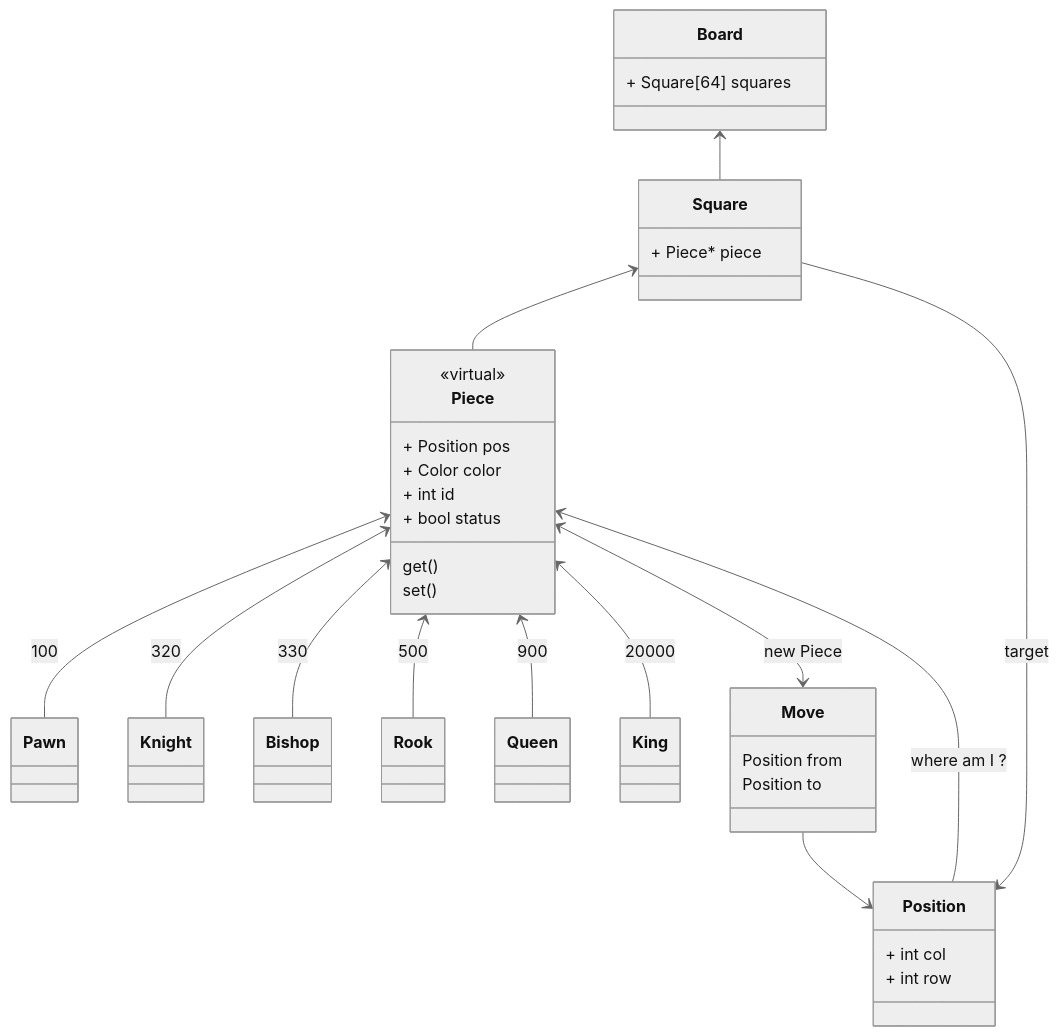
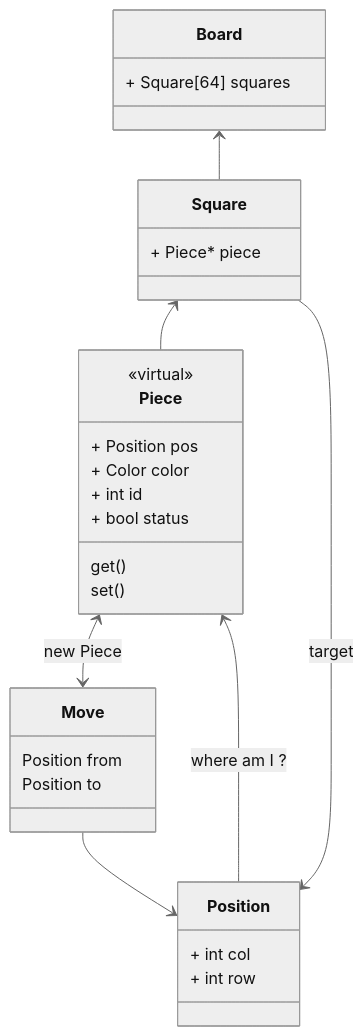
Before and after one commit to ThomasByr/chess: the first of 2 diagrams in README.md, drawn with Mermaid (neutral theme).

Commit message:
latest version of README file

````diff
--- a/README.md
+++ b/README.md
@@ -80,38 +80,32 @@
 ```mermaid
 classDiagram
     Board <-- Square
     Square <-- Piece
-    Piece <-- Pawn : 100
-    Piece <-- Knight : 320
-    Piece <-- Bishop : 330
-    Piece <-- Rook : 500
-    Piece <-- Queen : 900
-    Piece <-- King : 20000
     Position --> Piece : where am I ?
     Position <-- Square : target
     Piece <--> Move : new Piece
     Move --> Position
     class Piece {
         <<virtual>>
         + Position pos
         + Color color
         + int id
         + bool status
         get()
         set()
     }
     class Square {
         + Piece* piece
     }
     class Board {
         + Square[64] squares
     }
     class Position {
         + int col
         + int row
     }
     class Move {
         Position from
         Position to
     }
 ```
````
